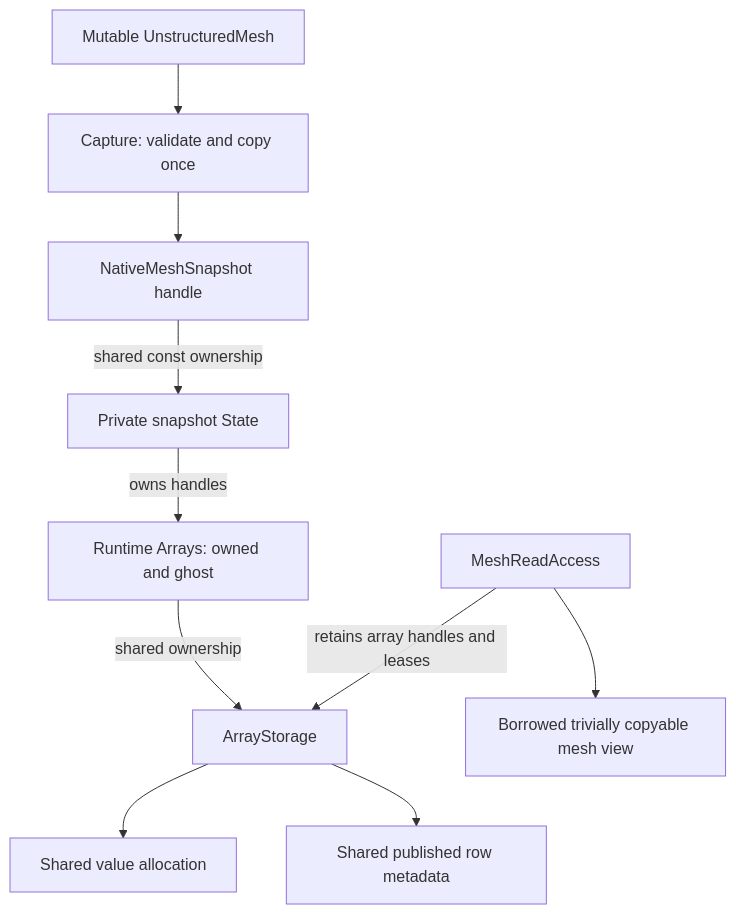
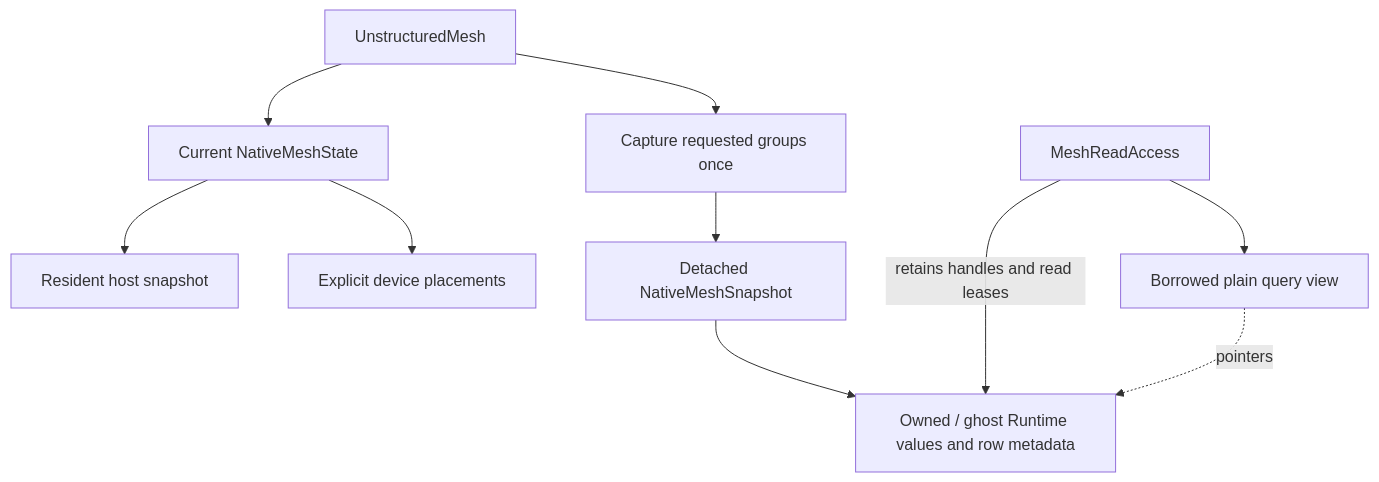
Before and after one commit to harryzhou2000/DNDSR: the diagram in docs/architecture/NativeMeshSnapshot.md, drawn with Mermaid. The commit also changed other lines of this file and 208 other files, not shown here.

````diff
--- a/docs/architecture/NativeMeshSnapshot.md
+++ b/docs/architecture/NativeMeshSnapshot.md
@@ -10,12 +8,12 @@
 ```mermaid
 flowchart TD
-  mesh[Mutable UnstructuredMesh] --> capture[Capture: validate and copy once]
-  capture --> handle[NativeMeshSnapshot handle]
-  handle -->|shared const ownership| state[Private snapshot State]
-  state -->|owns handles| arrays[Runtime Arrays: owned and ghost]
-  arrays -->|shared ownership| storage[ArrayStorage]
-  storage --> values[Shared value allocation]
-  storage --> metadata[Shared published row metadata]
-  read[MeshReadAccess] -->|retains array handles and leases| storage
-  read --> view[Borrowed trivially copyable mesh view]
+    facade[UnstructuredMesh] --> native[Current NativeMeshState]
+    native --> host[Resident host snapshot]
+    native --> device[Explicit device placements]
+    facade --> capture[Capture requested groups once]
+    capture --> detached[Detached NativeMeshSnapshot]
+    detached --> buffers[Owned / ghost Runtime values and row metadata]
+    read[MeshReadAccess] -->|retains handles and read leases| buffers
+    read --> view[Borrowed plain query view]
+    view -. pointers .-> buffers
 ```
````
